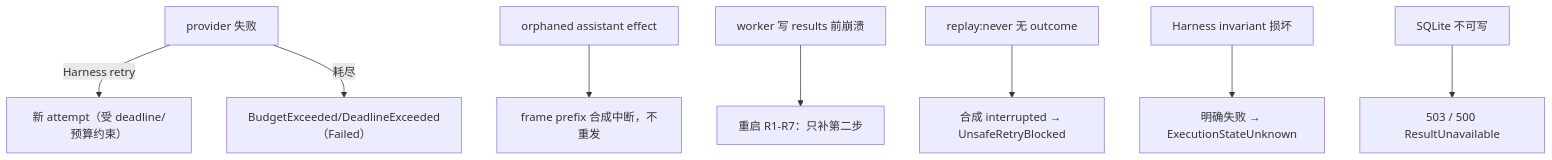
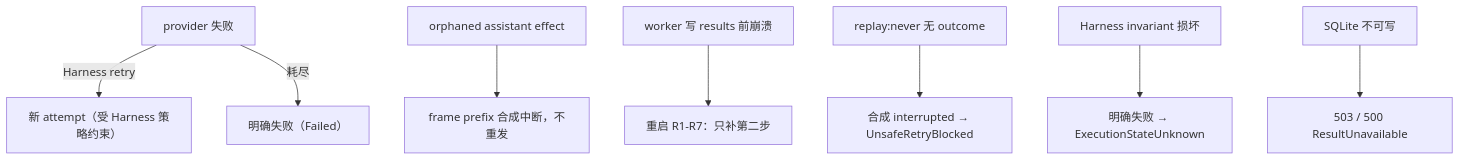
One commit to corezilla/piko changed the eighth of 9 diagrams in docs/20_system_design/mechanisms/piko-run.md. Above: the diagram before and after it, drawn with Mermaid. The commit also changed other lines of this file and 20 other files, not shown here.

````diff
--- a/docs/20_system_design/mechanisms/piko-run.md
+++ b/docs/20_system_design/mechanisms/piko-run.md
@@ -644,10 +642,10 @@
 ```mermaid
 flowchart TD
-  E1["provider 失败"] -->|Harness retry| R1["新 attempt（受 deadline/预算约束）"]
-  E1 -->|耗尽| F1["BudgetExceeded/DeadlineExceeded（Failed）"]
+  E1["provider 失败"] -->|Harness retry| R1["新 attempt（受 Harness 策略约束）"]
+  E1 -->|耗尽| F1["明确失败（Failed）"]
   E2["orphaned assistant effect"] --> R2["frame prefix 合成中断，不重发"]
   E3["worker 写 results 前崩溃"] --> R3["重启 R1-R7：只补第二步"]
   E4["replay:never 无 outcome"] --> R4["合成 interrupted → UnsafeRetryBlocked"]
   E5["Harness invariant 损坏"] --> R5["明确失败 → ExecutionStateUnknown"]
   E6["SQLite 不可写"] --> R6["503 / 500 ResultUnavailable"]
 ```
````
